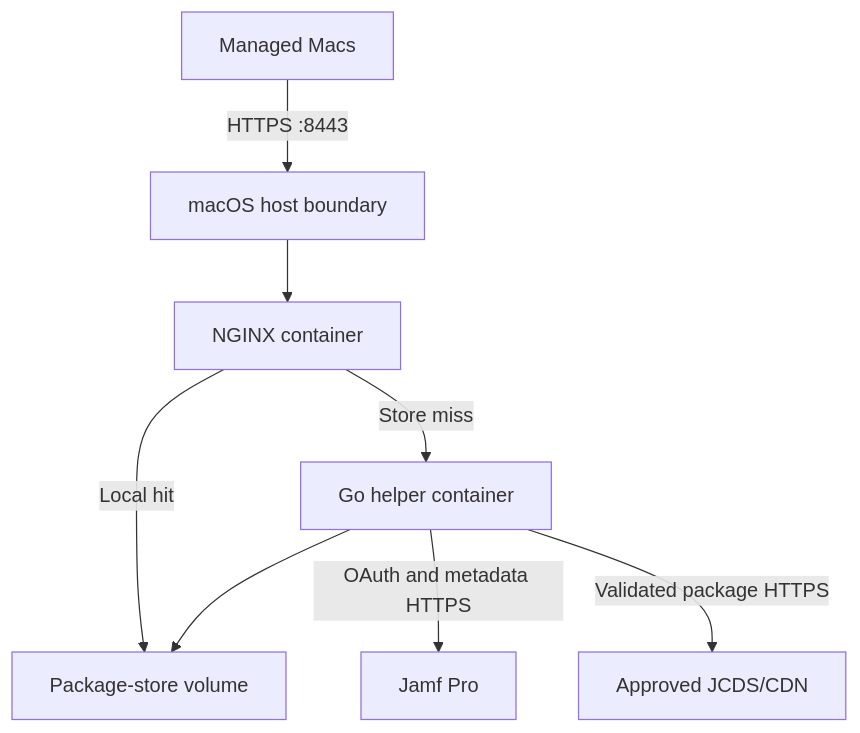
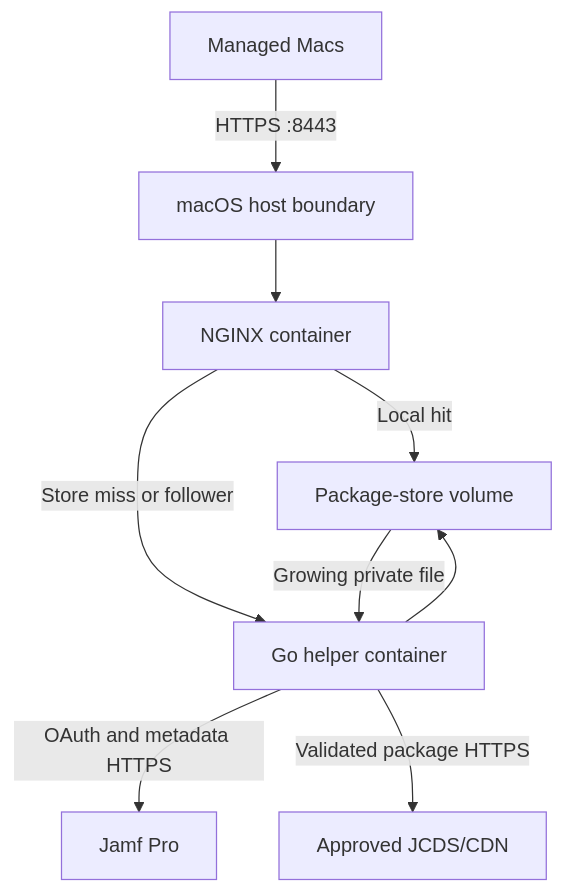
One commit to fabianhartmann2/JCDS-ContentCache changed the diagram in docs/architecture.md. Above: the diagram before and after it, drawn with Mermaid. The commit also changed other lines of this file and 20 other files, not shown here.

````diff
--- a/docs/architecture.md
+++ b/docs/architecture.md
@@ -22,10 +22,11 @@
 ```mermaid
 flowchart TD
     C["Managed Macs"] -->|"HTTPS :8443"| H["macOS host boundary"]
     H --> N["NGINX container"]
     N -->|"Local hit"| V["Package-store volume"]
-    N -->|"Store miss"| G["Go helper container"]
+    N -->|"Store miss or follower"| G["Go helper container"]
     G --> V
+    V -->|"Growing private file"| G
     G -->|"OAuth and metadata HTTPS"| J["Jamf Pro"]
     G -->|"Validated package HTTPS"| D["Approved JCDS/CDN"]
 ```
````
